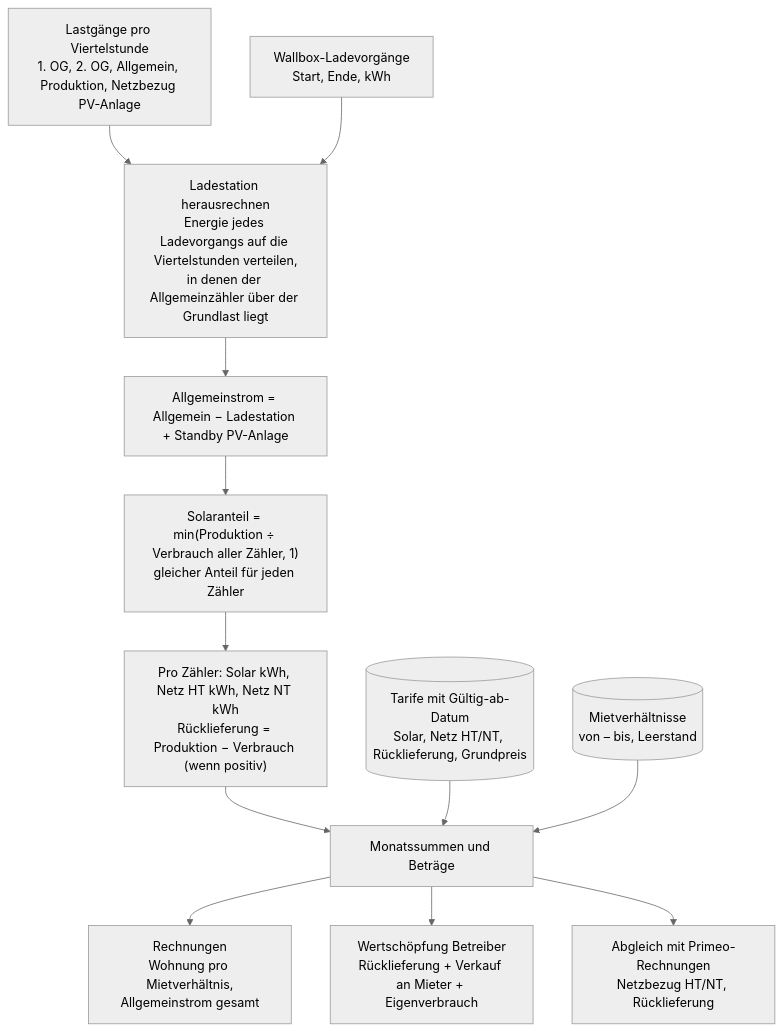
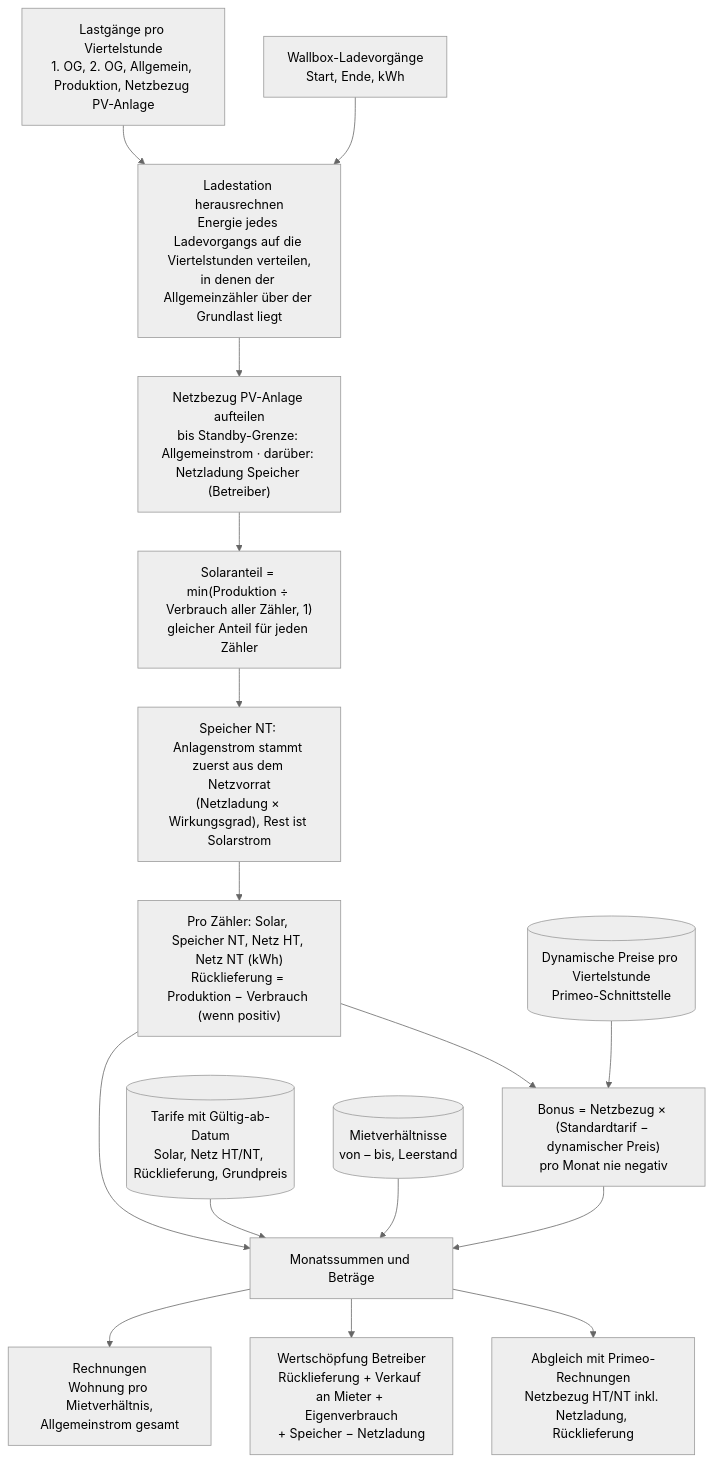
The diagram in docs/rechenmodell.mmd (khu1985/vzev-ha), drawn with Mermaid (neutral theme) before and after one commit. The commit also changed 8 other files, not shown here.

Commit message:
Doku: Speicher, Bonus, Jahresabrechnung, 80-%-Kontrolle; Grafiken aktualisiert

```diff
--- a/docs/rechenmodell.mmd
+++ b/docs/rechenmodell.mmd
@@ -1,12 +1,15 @@
 flowchart TD
     A["Lastgänge pro Viertelstunde<br/>1. OG, 2. OG, Allgemein, Produktion, Netzbezug PV-Anlage"] --> B
     LS["Wallbox-Ladevorgänge<br/>Start, Ende, kWh"] --> B
     B["Ladestation herausrechnen<br/>Energie jedes Ladevorgangs auf die Viertelstunden verteilen,<br/>in denen der Allgemeinzähler über der Grundlast liegt"] --> C
-    C["Allgemeinstrom = Allgemein − Ladestation + Standby PV-Anlage"] --> D
-    D["Solaranteil = min(Produktion ÷ Verbrauch aller Zähler, 1)<br/>gleicher Anteil für jeden Zähler"] --> E
-    E["Pro Zähler: Solar kWh, Netz HT kWh, Netz NT kWh<br/>Rücklieferung = Produktion − Verbrauch (wenn positiv)"] --> F
+    C["Netzbezug PV-Anlage aufteilen<br/>bis Standby-Grenze: Allgemeinstrom · darüber: Netzladung Speicher (Betreiber)"] --> D
+    D["Solaranteil = min(Produktion ÷ Verbrauch aller Zähler, 1)<br/>gleicher Anteil für jeden Zähler"] --> S
+    S["Speicher NT: Anlagenstrom stammt zuerst aus dem Netzvorrat<br/>(Netzladung × Wirkungsgrad), Rest ist Solarstrom"] --> E
+    E["Pro Zähler: Solar, Speicher NT, Netz HT, Netz NT (kWh)<br/>Rücklieferung = Produktion − Verbrauch (wenn positiv)"] --> F
+    DP[("Dynamische Preise pro Viertelstunde<br/>Primeo-Schnittstelle")] --> BO
+    E --> BO["Bonus = Netzbezug × (Standardtarif − dynamischer Preis)<br/>pro Monat nie negativ"] --> F
     T[("Tarife mit Gültig-ab-Datum<br/>Solar, Netz HT/NT, Rücklieferung, Grundpreis")] --> F
     M[("Mietverhältnisse<br/>von – bis, Leerstand")] --> F
     F["Monatssummen und Beträge"] --> G["Rechnungen<br/>Wohnung pro Mietverhältnis,<br/>Allgemeinstrom gesamt"]
-    F --> H["Wertschöpfung Betreiber<br/>Rücklieferung + Verkauf an Mieter + Eigenverbrauch"]
-    F --> K["Abgleich mit Primeo-Rechnungen<br/>Netzbezug HT/NT, Rücklieferung"]
+    F --> H["Wertschöpfung Betreiber<br/>Rücklieferung + Verkauf an Mieter + Eigenverbrauch<br/>+ Speicher − Netzladung"]
+    F --> K["Abgleich mit Primeo-Rechnungen<br/>Netzbezug HT/NT inkl. Netzladung, Rücklieferung"]
```
